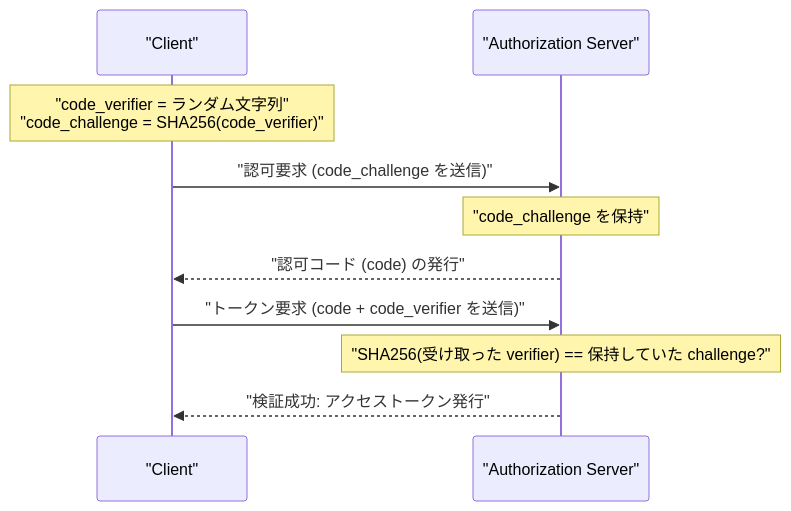
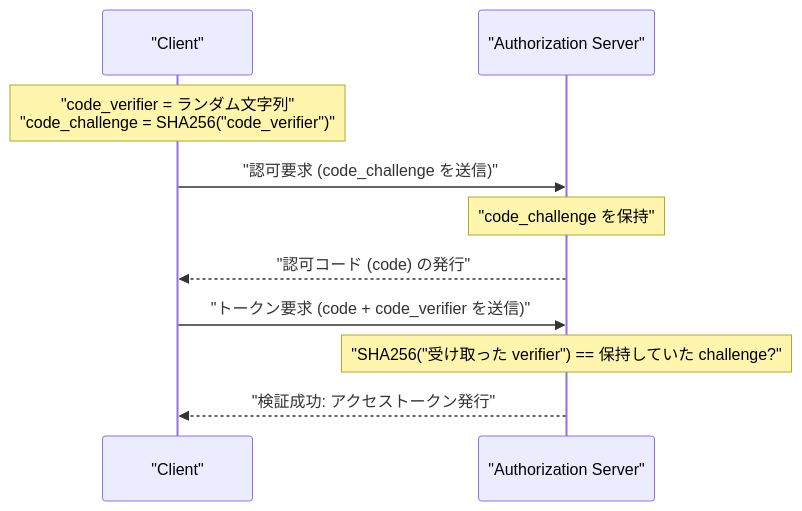
The third of 3 diagrams in content/post/oauth2_slack_app/index.md (kenjinote/blog), drawn with Mermaid before and after one commit. The commit also changed 929 other files, not shown here.

Commit message:
fix: Add double quotes to all Mermaid node texts to resolve syntax errors

````diff
--- a/content/post/oauth2_slack_app/index.md
+++ b/content/post/oauth2_slack_app/index.md
@@ -329,14 +329,14 @@
 ```mermaid
 sequenceDiagram
     participant C as "Client"
     participant AS as "Authorization Server"
     
-    Note over C: "code_verifier = ランダム文字列"<br/>"code_challenge = SHA256(code_verifier)"
+    Note over C: "code_verifier = ランダム文字列"<br/>"code_challenge = SHA256("code_verifier")"
     C->>AS: "認可要求 (code_challenge を送信)"
     Note over AS: "code_challenge を保持"
     AS-->>C: "認可コード (code) の発行"
     
     C->>AS: "トークン要求 (code + code_verifier を送信)"
-    Note over AS: "SHA256(受け取った verifier) == 保持していた challenge?"
+    Note over AS: "SHA256("受け取った verifier") == 保持していた challenge?"
     AS-->>C: "検証成功: アクセストークン発行"
 ```
````
